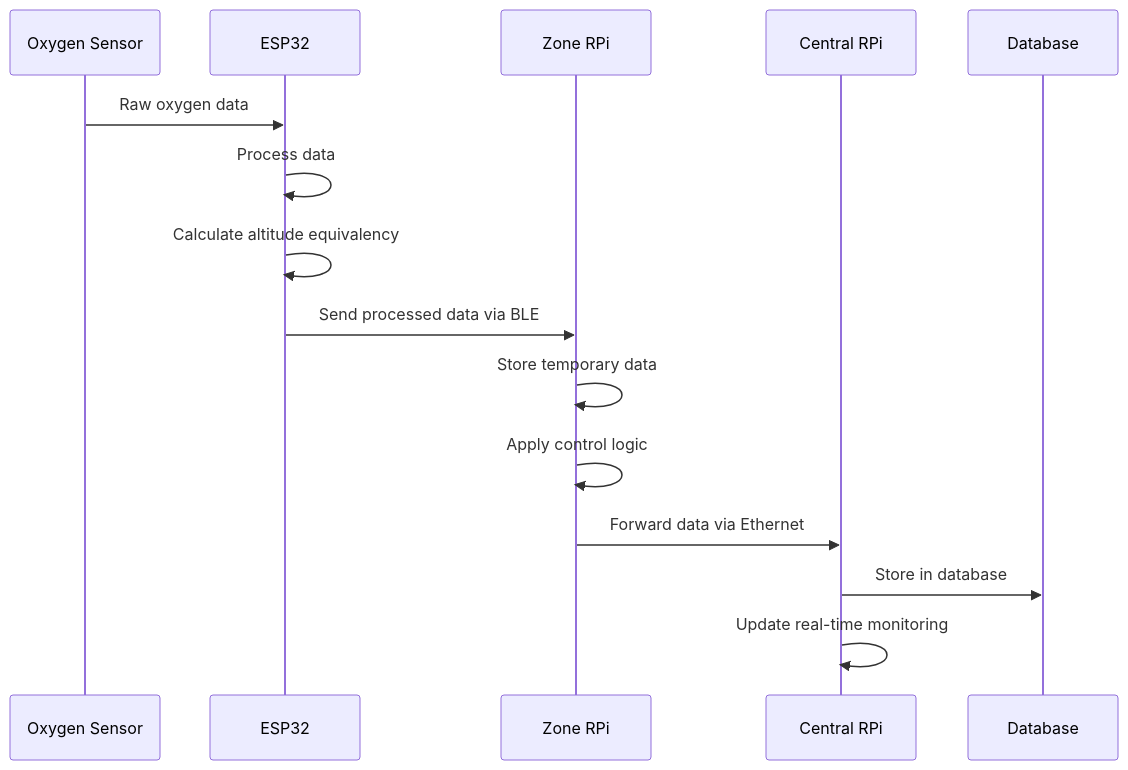
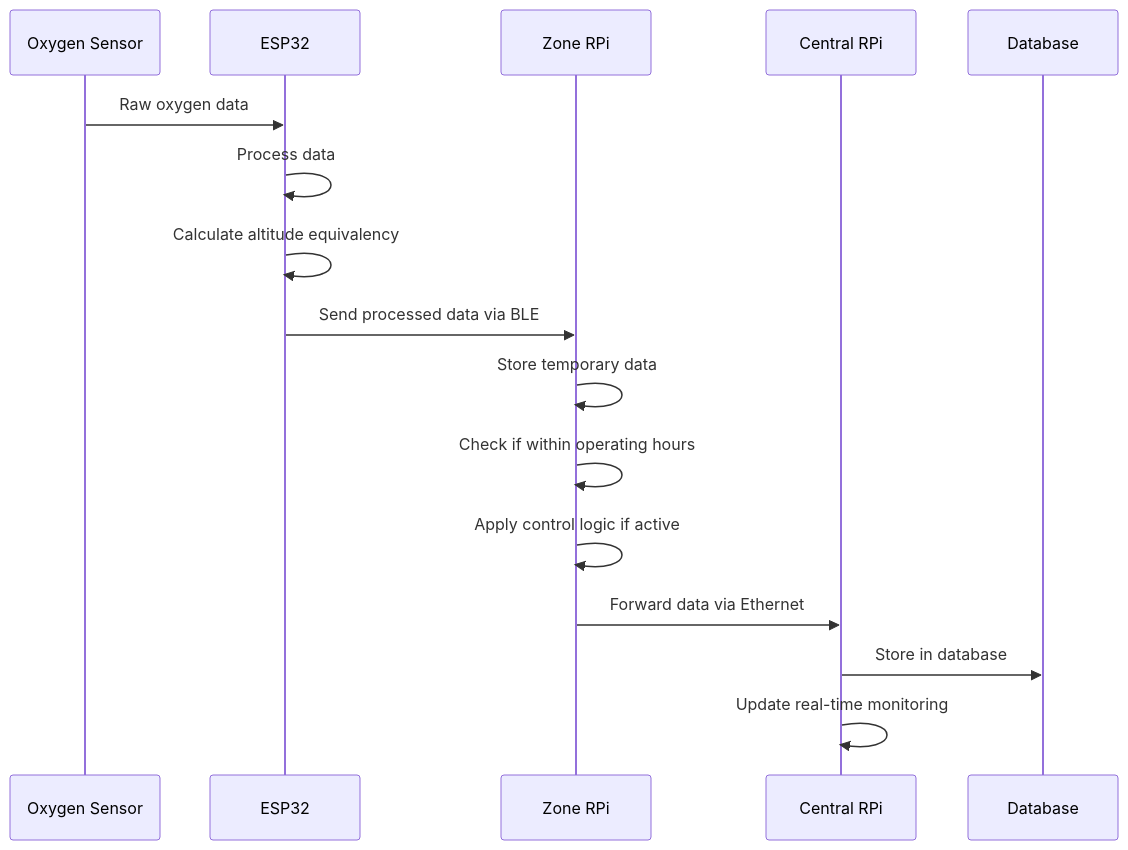
The fifth of 8 diagrams in docs/design_plan.md (adityatripathi05/Oxygen-Enrichment-System), drawn with Mermaid before and after one commit. The commit also changed other lines of this file, not shown here.

````diff
--- a/docs/design_plan.md
+++ b/docs/design_plan.md
@@ -268,18 +465,19 @@
 ```mermaid
 sequenceDiagram
     participant OS as Oxygen Sensor
     participant ESP as ESP32
     participant ZRP as Zone RPi
     participant CRP as Central RPi
     participant DB as Database
 
     OS->>ESP: Raw oxygen data
     ESP->>ESP: Process data
     ESP->>ESP: Calculate altitude equivalency
     ESP->>ZRP: Send processed data via BLE
     ZRP->>ZRP: Store temporary data
-    ZRP->>ZRP: Apply control logic
+    ZRP->>ZRP: Check if within operating hours
+    ZRP->>ZRP: Apply control logic if active
     ZRP->>CRP: Forward data via Ethernet
     CRP->>DB: Store in database
     CRP->>CRP: Update real-time monitoring
 ```
````
